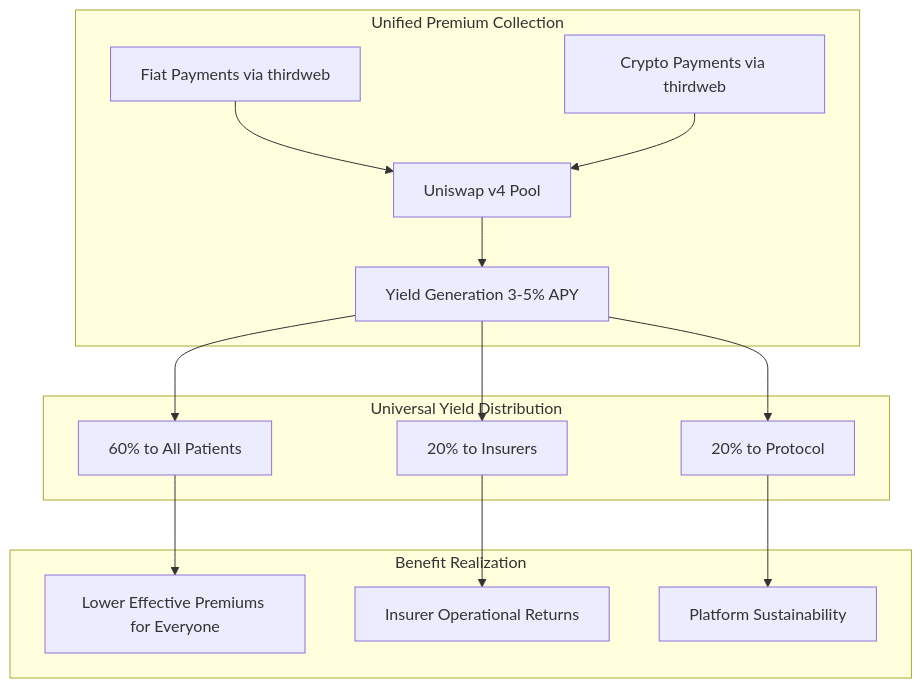
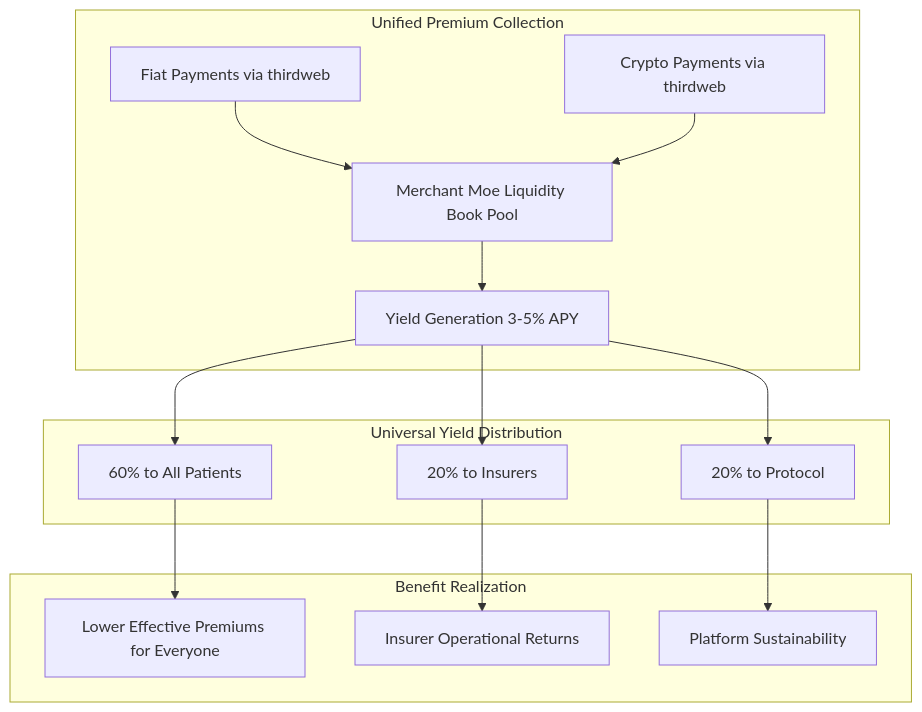
One commit to ppezzull/zkMed changed the fourth of 4 diagrams in memory-bank/activeContext.md. Above: the diagram before and after it, drawn with Mermaid. The commit also changed other lines of this file and 3 other files, not shown here.

````diff
--- a/memory-bank/activeContext.md
+++ b/memory-bank/activeContext.md
@@ -334,20 +353,20 @@
 ```mermaid
 graph TB
     subgraph "Unified Premium Collection"
-        A[Fiat Payments via thirdweb] --> C[Uniswap v4 Pool]
+        A[Fiat Payments via thirdweb] --> C[Merchant Moe Liquidity Book Pool]
         B[Crypto Payments via thirdweb] --> C
         C --> D[Yield Generation 3-5% APY]
     end
     
     subgraph "Universal Yield Distribution"
         D --> E[60% to All Patients]
         D --> F[20% to Insurers]
         D --> G[20% to Protocol]
     end
     
     subgraph "Benefit Realization"
         E --> H[Lower Effective Premiums for Everyone]
         F --> I[Insurer Operational Returns]
         G --> J[Platform Sustainability]
     end
 ```
````
